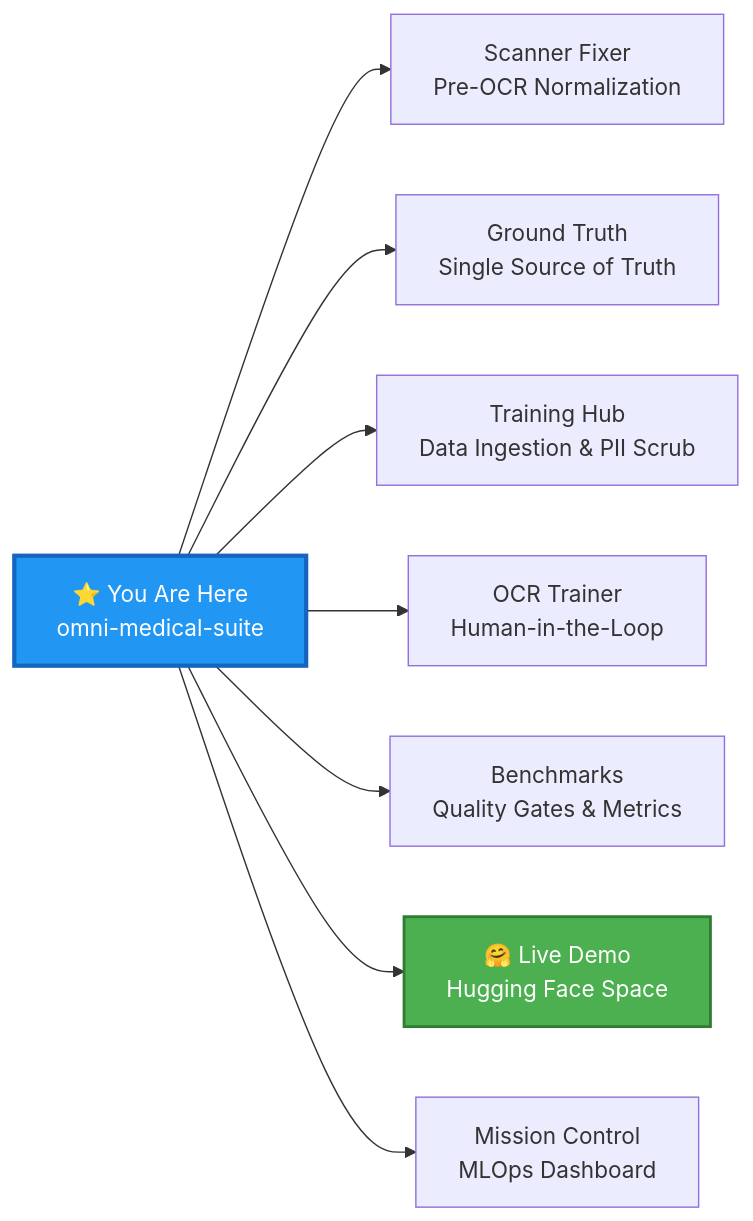
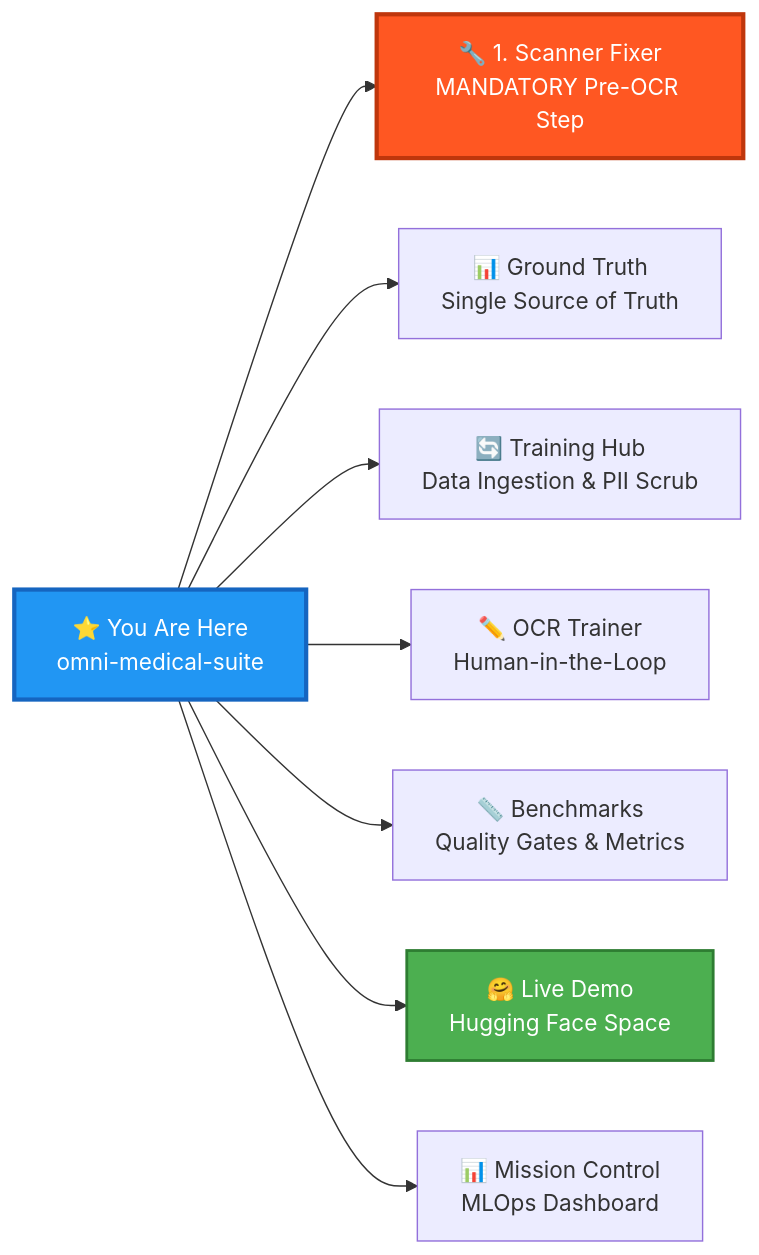
The first of 2 diagrams in README.md (DrAbdulmalek/omni-medical-suite), drawn with Mermaid before and after one commit. The commit also changed other lines of this file and 1 other file, not shown here.

Commit message:
docs: scanner-fixer as MANDATORY preprocessing step — added callout, reordered Start Here, updated architecture table

````diff
--- a/README.md
+++ b/README.md
@@ -40,13 +44,14 @@
 ```mermaid
 graph LR
-    START[⭐ You Are Here<br>omni-medical-suite] --> PRE[Scanner Fixer<br>Pre-OCR Normalization]
-    START --> GT[Ground Truth<br>Single Source of Truth]
-    START --> TH[Training Hub<br>Data Ingestion & PII Scrub]
-    START --> TR[OCR Trainer<br>Human-in-the-Loop]
-    START --> BM[Benchmarks<br>Quality Gates & Metrics]
+    START[⭐ You Are Here<br>omni-medical-suite] --> PRE[🔧 1. Scanner Fixer<br>MANDATORY Pre-OCR Step]
+    START --> GT[📊 Ground Truth<br>Single Source of Truth]
+    START --> TH[🔄 Training Hub<br>Data Ingestion & PII Scrub]
+    START --> TR[✏️ OCR Trainer<br>Human-in-the-Loop]
+    START --> BM[📏 Benchmarks<br>Quality Gates & Metrics]
     START --> DEMO[🤗 Live Demo<br>Hugging Face Space]
-    START --> MC[Mission Control<br>MLOps Dashboard]
+    START --> MC[📊 Mission Control<br>MLOps Dashboard]
 
     style START fill:#2196f3,stroke:#1565c0,stroke-width:3px,color:#fff
+    style PRE fill:#ff5722,stroke:#bf360c,stroke-width:3px,color:#fff
     style DEMO fill:#4caf50,stroke:#2e7d32,stroke-width:2px,color:#fff
 ```
````
